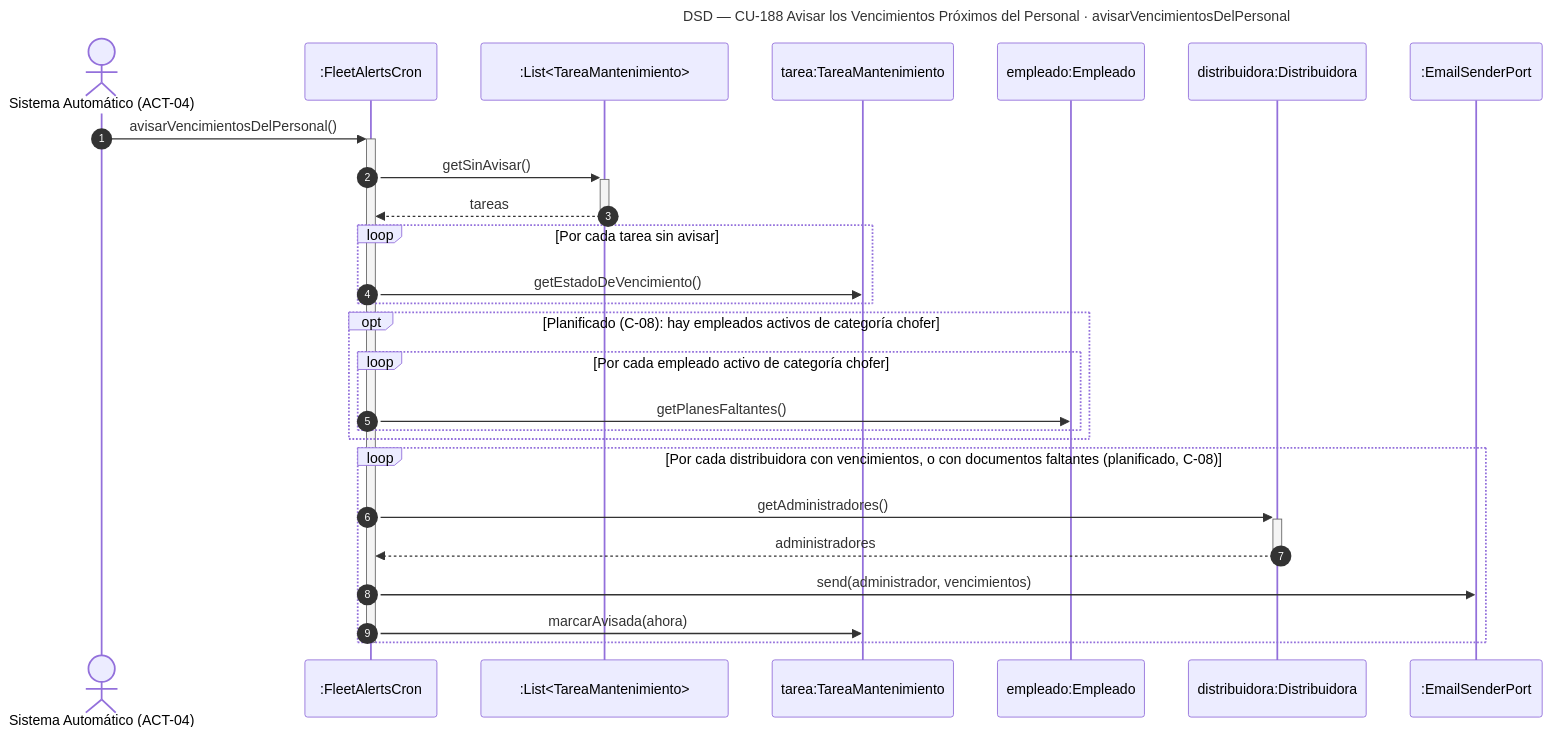
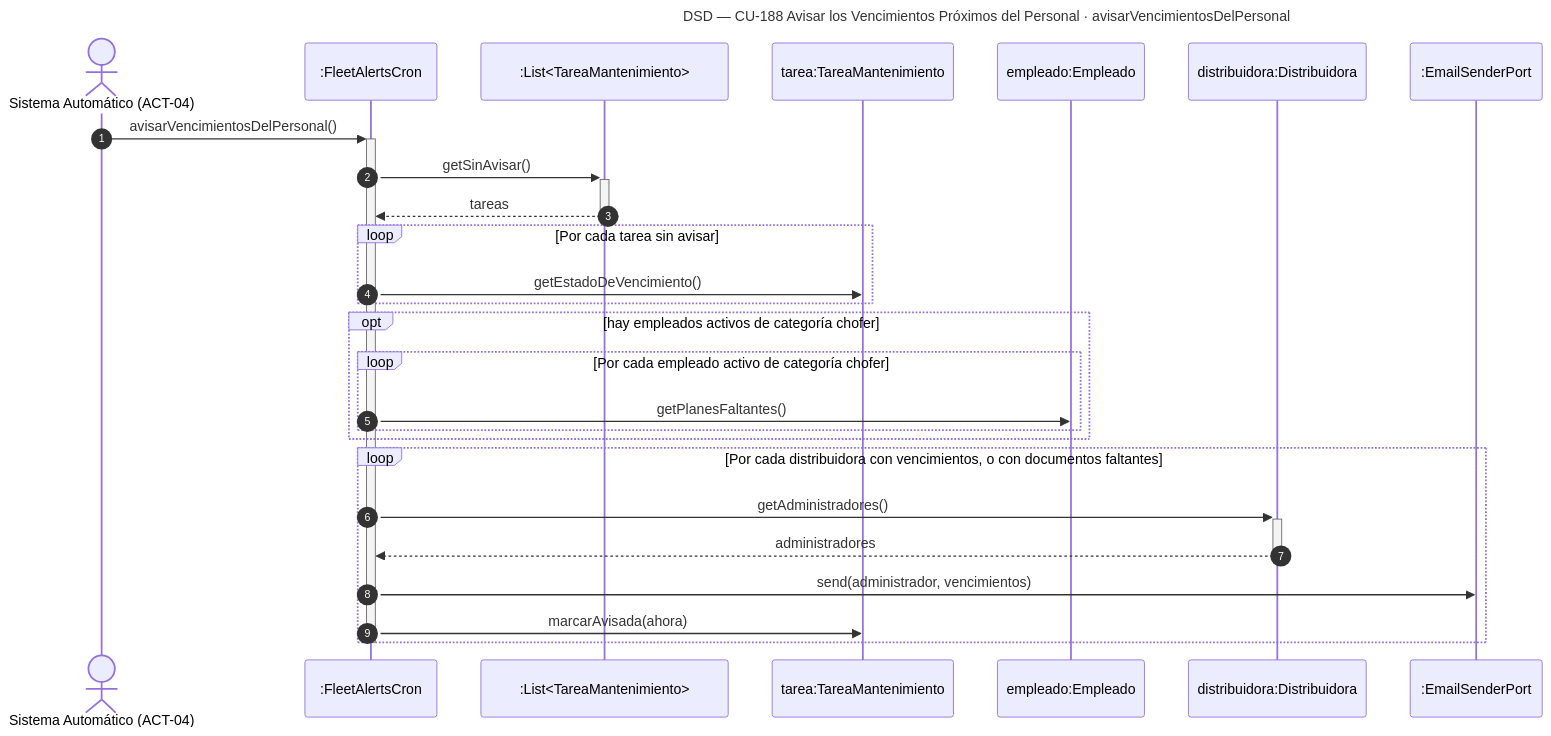
Before and after one commit to Nahuelito-Dev/splg-docs: the diagram in diagramas/DSD_CU-188_avisarVencimientosDelPersonal.mmd, drawn with Mermaid. The commit also changed 432 other files, not shown here.

```diff
--- a/diagramas/DSD_CU-188_avisarVencimientosDelPersonal.mmd
+++ b/diagramas/DSD_CU-188_avisarVencimientosDelPersonal.mmd
@@ -1,29 +1,29 @@
 sequenceDiagram
     title DSD — CU-188 Avisar los Vencimientos Próximos del Personal · avisarVencimientosDelPersonal
     autonumber
     actor SIS as Sistema Automático (ACT-04)
     participant CRN as :FleetAlertsCron
     participant LST as :List#lt;TareaMantenimiento#gt;
     participant TAR as tarea:TareaMantenimiento
     participant EMP as empleado:Empleado
     participant DIS as distribuidora:Distribuidora
     participant MAI as :EmailSenderPort
 
     SIS->>+CRN: avisarVencimientosDelPersonal()
     CRN->>+LST: getSinAvisar()
     LST-->>-CRN: tareas
     loop Por cada tarea sin avisar
         CRN->>TAR: getEstadoDeVencimiento()
     end
-    opt Planificado (C-08): hay empleados activos de categoría chofer
+    opt hay empleados activos de categoría chofer
         loop Por cada empleado activo de categoría chofer
             CRN->>EMP: getPlanesFaltantes()
         end
     end
-    loop Por cada distribuidora con vencimientos, o con documentos faltantes (planificado, C-08)
+    loop Por cada distribuidora con vencimientos, o con documentos faltantes
         CRN->>+DIS: getAdministradores()
         DIS-->>-CRN: administradores
         CRN->>MAI: send(administrador, vencimientos)
         CRN->>TAR: marcarAvisada(ahora)
     end
     deactivate CRN
```
